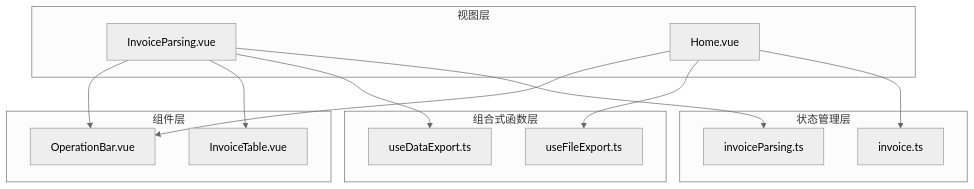
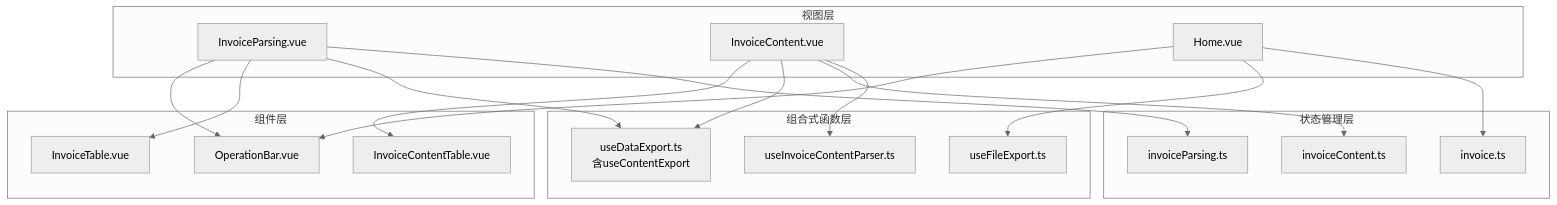
The first of 6 diagrams in .qoder/repowiki/zh/content/数据导出功能.md (dunhuixiao/FinanceTools), drawn with Mermaid (neutral theme) before and after one commit. The commit also changed other lines of this file and 20 other files, not shown here.

````diff
--- a/.qoder/repowiki/zh/content/数据导出功能.md
+++ b/.qoder/repowiki/zh/content/数据导出功能.md
@@ -46,26 +61,34 @@
 ```mermaid
 graph TB
 subgraph "视图层"
 VP["InvoiceParsing.vue"]
+IC["InvoiceContent.vue"]
 HM["Home.vue"]
 end
 subgraph "组件层"
 OB["OperationBar.vue"]
 IT["InvoiceTable.vue"]
+ICT["InvoiceContentTable.vue"]
 end
 subgraph "组合式函数层"
-UDE["useDataExport.ts"]
+UDE["useDataExport.ts<br/>含useContentExport"]
 UFE["useFileExport.ts"]
+UICP["useInvoiceContentParser.ts"]
 end
 subgraph "状态管理层"
 IPS["invoiceParsing.ts"]
 IS["invoice.ts"]
+ICS["invoiceContent.ts"]
 end
 VP --> OB
 VP --> IT
 VP --> UDE
 VP --> IPS
+IC --> ICT
+IC --> UDE
+IC --> ICS
+IC --> UICP
 HM --> OB
 HM --> UFE
 HM --> IS
 ```
````
